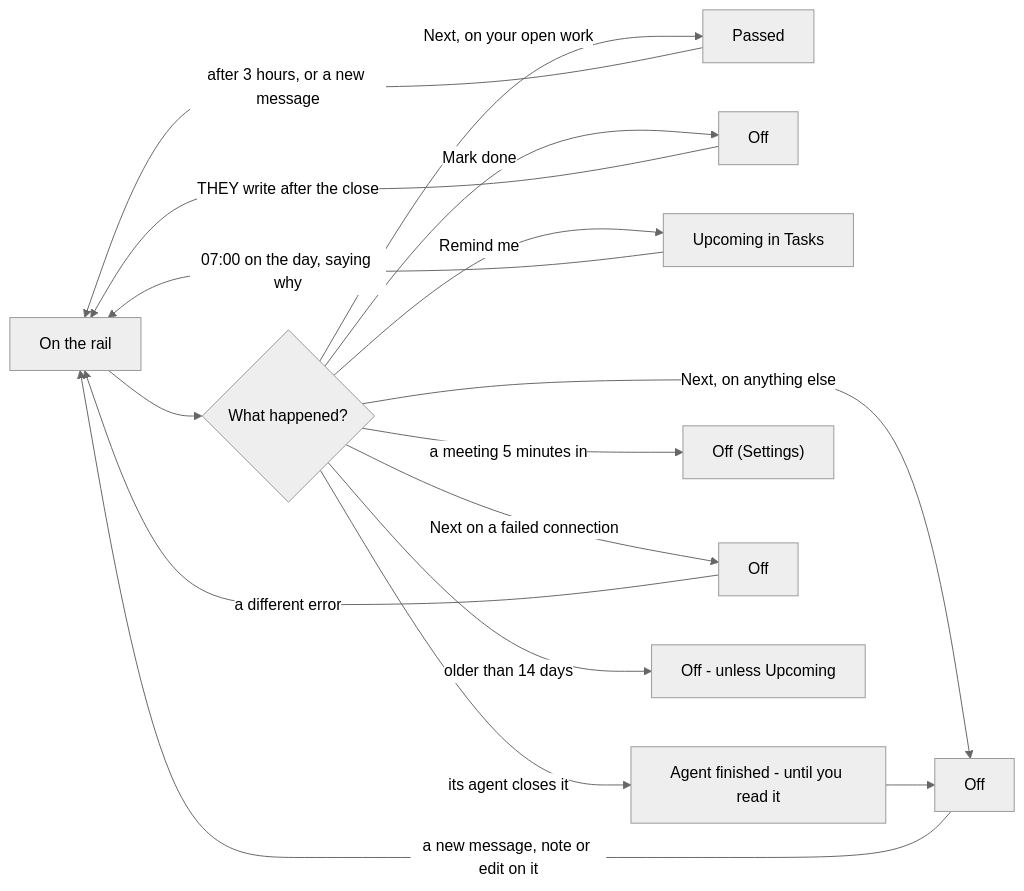
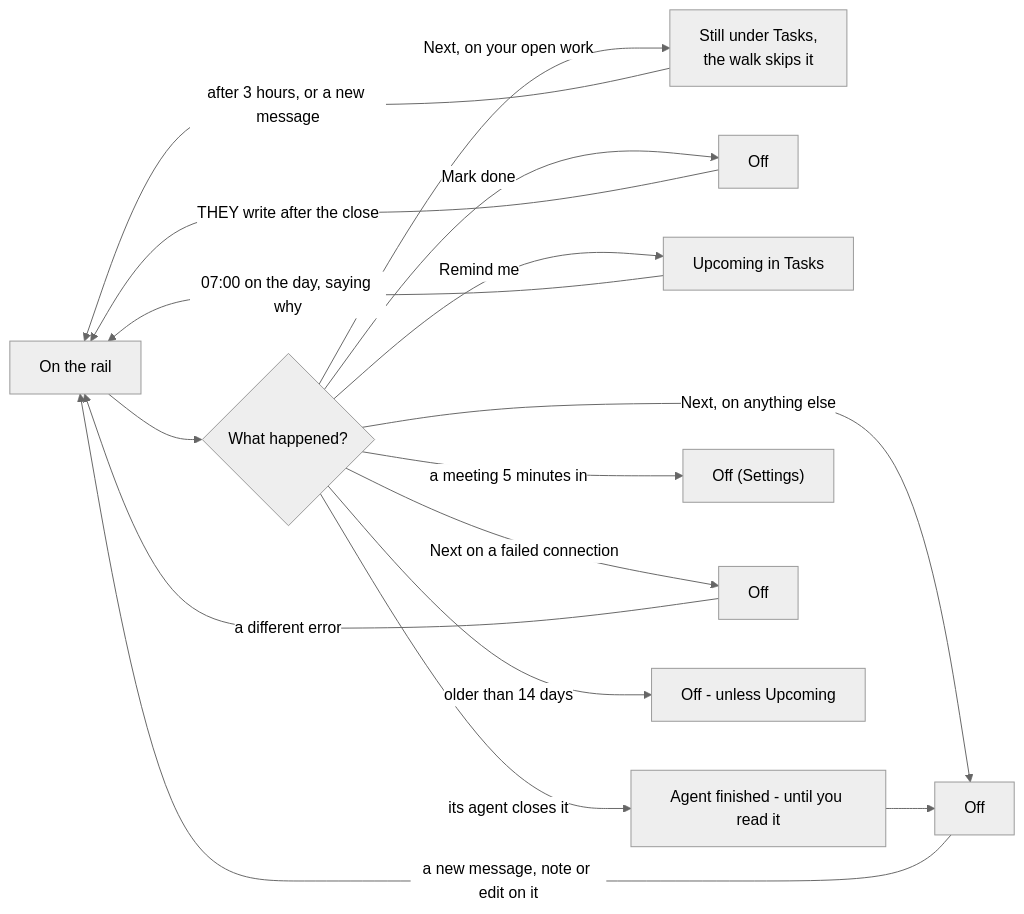
Before and after one commit to ldbumble/taskuary: the second of 2 diagrams in docs/work-rail.md, drawn with Mermaid (neutral theme). The commit also changed other lines of this file and 57 other files, not shown here.

````diff
--- a/docs/work-rail.md
+++ b/docs/work-rail.md
@@ -30,12 +29,12 @@
 ```mermaid
 flowchart LR
   R["On the rail"] --> A{"What happened?"}
-  A -->|Next, on your open work| P["Passed"] -->|after 3 hours, or a new message| R
+  A -->|Next, on your open work| P["Still under Tasks,<br/>the walk skips it"] -->|after 3 hours, or a new message| R
   A -->|Next, on anything else| G["Off"] -->|a new message, note or edit on it| R
   A -->|Mark done| D["Off"] -->|THEY write after the close| R
   A -->|Remind me| M["Upcoming in Tasks"] -->|07:00 on the day, saying why| R
   A -->|its agent closes it| AD["Agent finished - until you read it"] --> G
   A -->|a meeting 5 minutes in| MT["Off (Settings)"]
   A -->|Next on a failed connection| C["Off"] -->|a different error| R
   A -->|older than 14 days| O["Off - unless Upcoming"]
 ```
````
